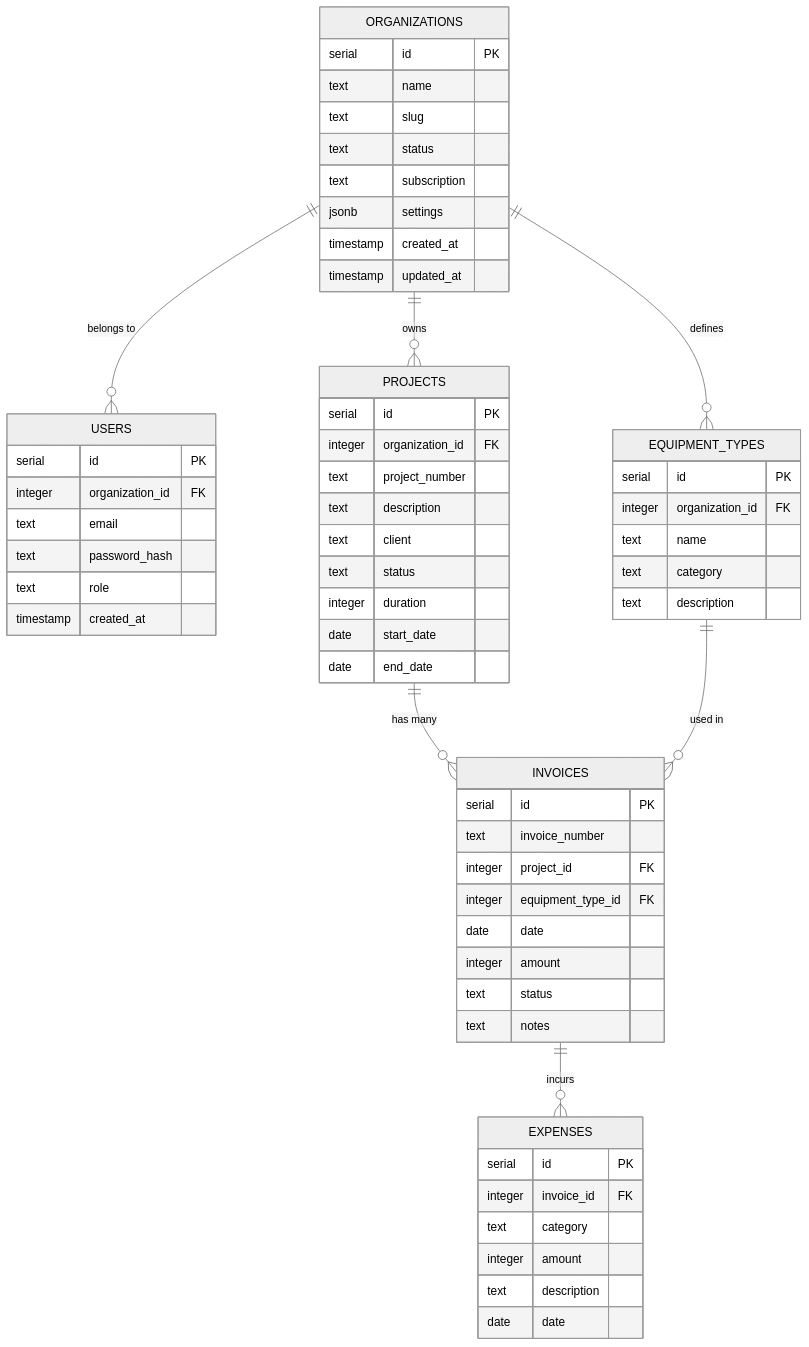
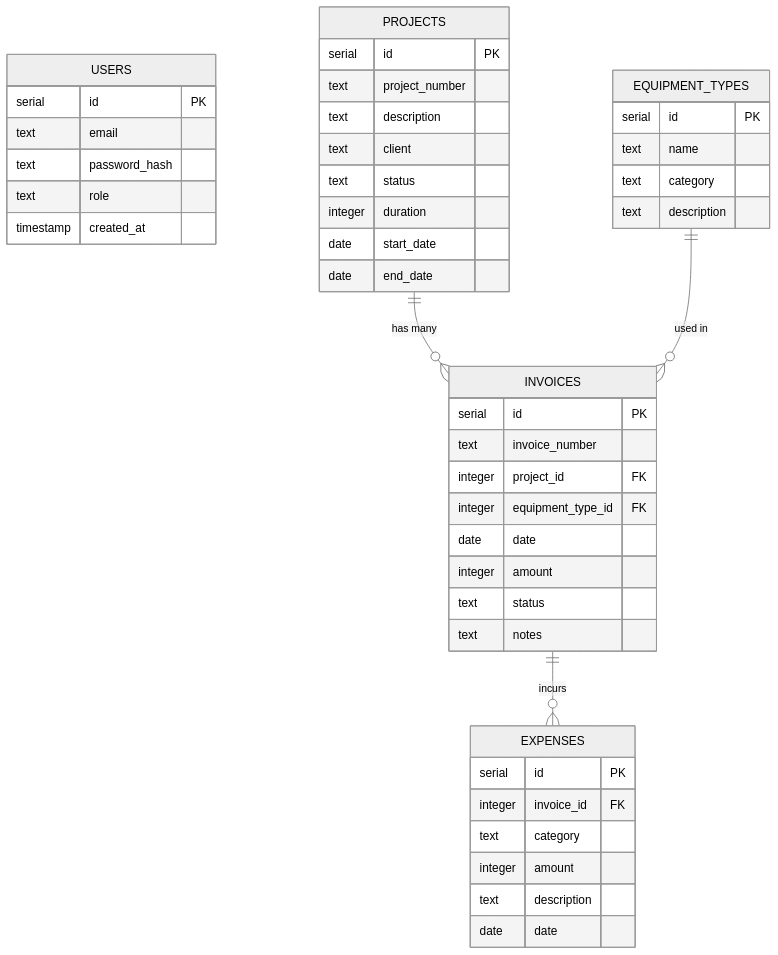
Before and after one commit to jchademwiri/insight-hub: the second of 2 diagrams in .kiro/specs/mvp-analytics-platform/design.md, drawn with Mermaid (neutral theme). The commit also changed other lines of this file and 38 other files, not shown here.

First line of the commit message:
feat: add Drizzle ORM configuration and database schema for equipment management

````diff
--- a/.kiro/specs/mvp-analytics-platform/design.md
+++ b/.kiro/specs/mvp-analytics-platform/design.md
@@ -353,69 +279,52 @@
 ```mermaid
 erDiagram
-    ORGANIZATIONS {
-        serial id PK
-        text name
-        text slug
-        text status
-        text subscription
-        jsonb settings
-        timestamp created_at
-        timestamp updated_at
-    }
-    
     USERS {
         serial id PK
-        integer organization_id FK
         text email
         text password_hash
         text role
         timestamp created_at
     }
     
     PROJECTS {
         serial id PK
-        integer organization_id FK
         text project_number
         text description
         text client
         text status
         integer duration
         date start_date
         date end_date
     }
     
     EQUIPMENT_TYPES {
         serial id PK
-        integer organization_id FK
         text name
         text category
         text description
     }
     
     INVOICES {
         serial id PK
         text invoice_number
         integer project_id FK
         integer equipment_type_id FK
         date date
         integer amount
         text status
         text notes
     }
     
     EXPENSES {
         serial id PK
         integer invoice_id FK
         text category
         integer amount
         text description
         date date
     }
     
-    ORGANIZATIONS ||--o{ USERS : "belongs to"
-    ORGANIZATIONS ||--o{ PROJECTS : "owns"
-    ORGANIZATIONS ||--o{ EQUIPMENT_TYPES : "defines"
     PROJECTS ||--o{ INVOICES : "has many"
     EQUIPMENT_TYPES ||--o{ INVOICES : "used in"
     INVOICES ||--o{ EXPENSES : "incurs"
 ```
````
